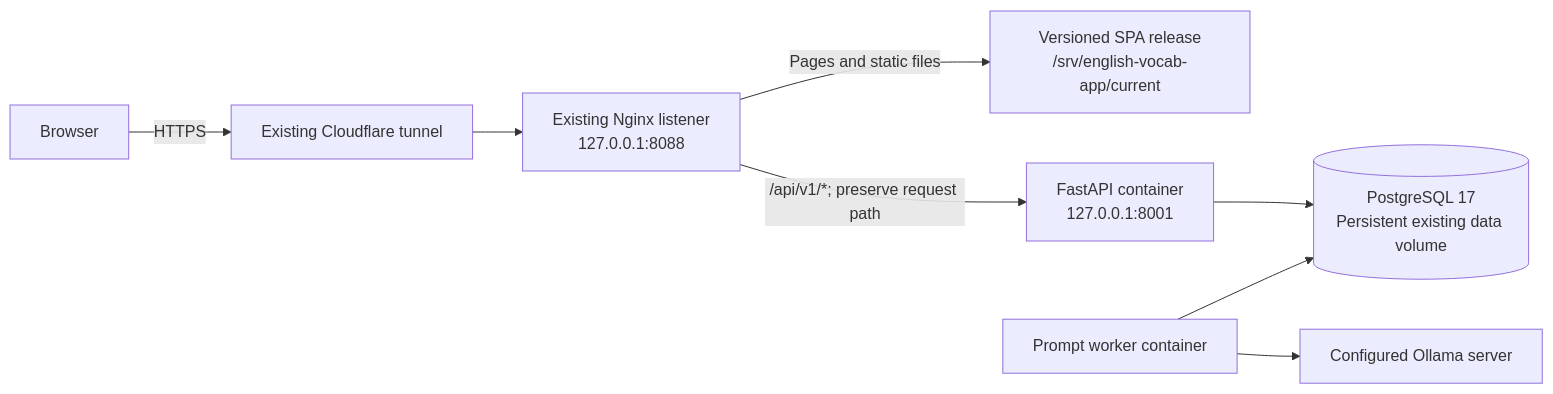
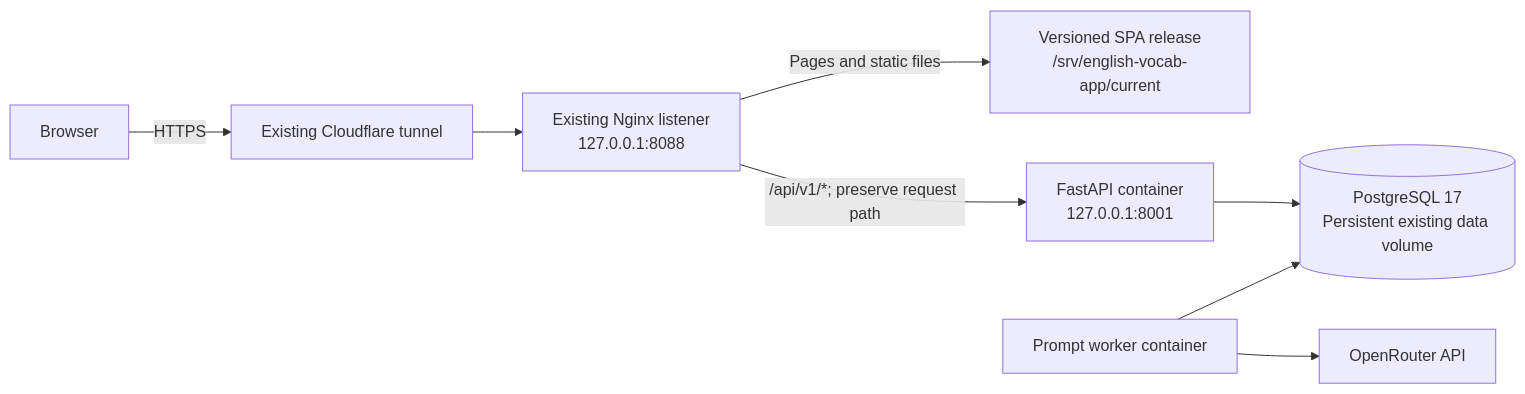
The diagram in docs/DEPLOY_JETSON.md (jerrynguyen0210/english-vocab-app), drawn with Mermaid before and after one commit. The commit also changed other lines of this file and 17 other files, not shown here.

Commit message:
Switch review prompt generation to OpenRouter

````diff
--- a/docs/DEPLOY_JETSON.md
+++ b/docs/DEPLOY_JETSON.md
@@ -6,10 +6,10 @@
 ```mermaid
 flowchart LR
     browser["Browser"] -->|"HTTPS"| tunnel["Existing Cloudflare tunnel"]
     tunnel --> nginx["Existing Nginx listener<br/>127.0.0.1:8088"]
     nginx -->|"Pages and static files"| spa["Versioned SPA release<br/>/srv/english-vocab-app/current"]
     nginx -->|"/api/v1/*; preserve request path"| api["FastAPI container<br/>127.0.0.1:8001"]
     api --> db[("PostgreSQL 17<br/>Persistent existing data volume")]
     worker["Prompt worker container"] --> db
-    worker --> ollama["Configured Ollama server"]
+    worker --> openrouter["OpenRouter API"]
 ```
````
